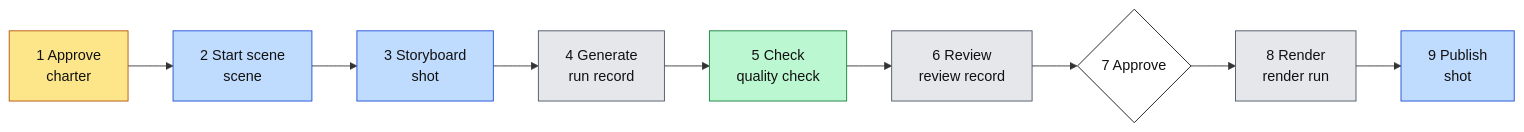
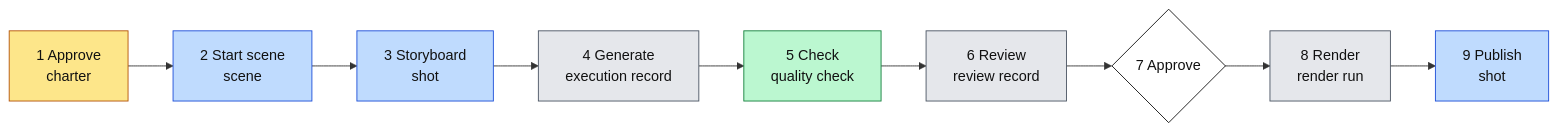
The fourth of 6 diagrams in README.md (nguyenhoanhson797/Context-Rail), drawn with Mermaid before and after one commit. The commit also changed other lines of this file and 20 other files, not shown here.

````diff
--- a/README.md
+++ b/README.md
@@ -223,17 +227,17 @@
 ```mermaid
 flowchart LR
-    V1["1 Approve<br/>charter"] --> V2["2 Start scene<br/>scene"] --> V3["3 Storyboard<br/>shot"] --> V4["4 Generate<br/>run record"] --> V5["5 Check<br/>quality check"] --> V6["6 Review<br/>review record"] --> V7{"7 Approve"} --> V8["8 Render<br/>render run"] --> V9["9 Publish<br/>shot"]
+    V1["1 Approve<br/>charter"] --> V2["2 Start scene<br/>scene"] --> V3["3 Storyboard<br/>shot"] --> V4["4 Generate<br/>execution record"] --> V5["5 Check<br/>quality check"] --> V6["6 Review<br/>review record"] --> V7{"7 Approve"} --> V8["8 Render<br/>render run"] --> V9["9 Publish<br/>shot"]
 
     classDef cPolicy fill:#fde68a,stroke:#b45309,color:#111
     classDef cItem fill:#bfdbfe,stroke:#1d4ed8,color:#111
     classDef cCheck fill:#bbf7d0,stroke:#15803d,color:#111
     classDef cRecord fill:#e5e7eb,stroke:#4b5563,color:#111
     classDef cNote fill:#fbcfe8,stroke:#be185d,color:#111
     classDef cActor fill:#ddd6fe,stroke:#6d28d9,color:#111
     classDef cGate fill:#fff,stroke:#111,color:#111
     class V1 cPolicy
     class V2,V3,V9 cItem
     class V4,V6,V8 cRecord
     class V5 cCheck
     class V7 cGate
 ```
````
